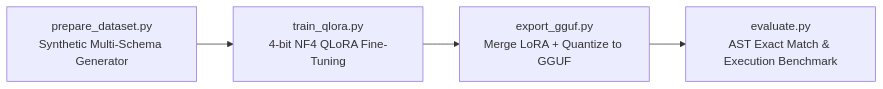
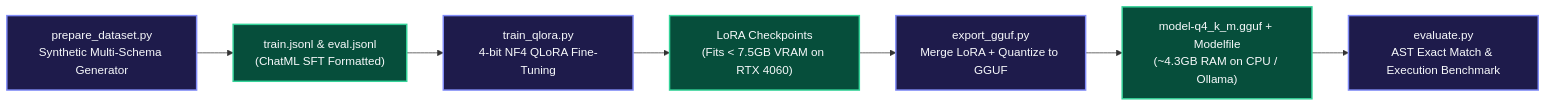
One commit to VanshikaKritiSingh/NL2SQL changed the fourth of 4 diagrams in core/README.md. Above: the diagram before and after it, drawn with Mermaid. The commit also changed other lines of this file and 1 other file, not shown here.

Commit message:
docs: enrich architecture diagrams and add class hierarchy specs

````diff
--- a/core/README.md
+++ b/core/README.md
@@ -92,6 +202,17 @@
 ```mermaid
 flowchart LR
-    DS[prepare_dataset.py<br/>Synthetic Multi-Schema Generator] --> SFT[train_qlora.py<br/>4-bit NF4 QLoRA Fine-Tuning]
-    SFT --> EXP[export_gguf.py<br/>Merge LoRA + Quantize to GGUF]
-    EXP --> EVAL[evaluate.py<br/>AST Exact Match & Execution Benchmark]
+    classDef stage fill:#1e1b4b,stroke:#818cf8,stroke-width:2px,color:#f8fafc;
+    classDef artifact fill:#064e3b,stroke:#34d399,stroke-width:2px,color:#f8fafc;
+
+    DS["prepare_dataset.py<br/>Synthetic Multi-Schema Generator"]:::stage --> DATA["train.jsonl & eval.jsonl<br/>(ChatML SFT Formatted)"]:::artifact
+    
+    DATA --> SFT["train_qlora.py<br/>4-bit NF4 QLoRA Fine-Tuning"]:::stage
+    
+    SFT --> LORA["LoRA Checkpoints<br/>(Fits < 7.5GB VRAM on RTX 4060)"]:::artifact
+    
+    LORA --> EXP["export_gguf.py<br/>Merge LoRA + Quantize to GGUF"]:::stage
+    
+    EXP --> GGUF["model-q4_k_m.gguf + Modelfile<br/>(~4.3GB RAM on CPU / Ollama)"]:::artifact
+    
+    GGUF --> EVAL["evaluate.py<br/>AST Exact Match & Execution Benchmark"]:::stage
 ```
````
